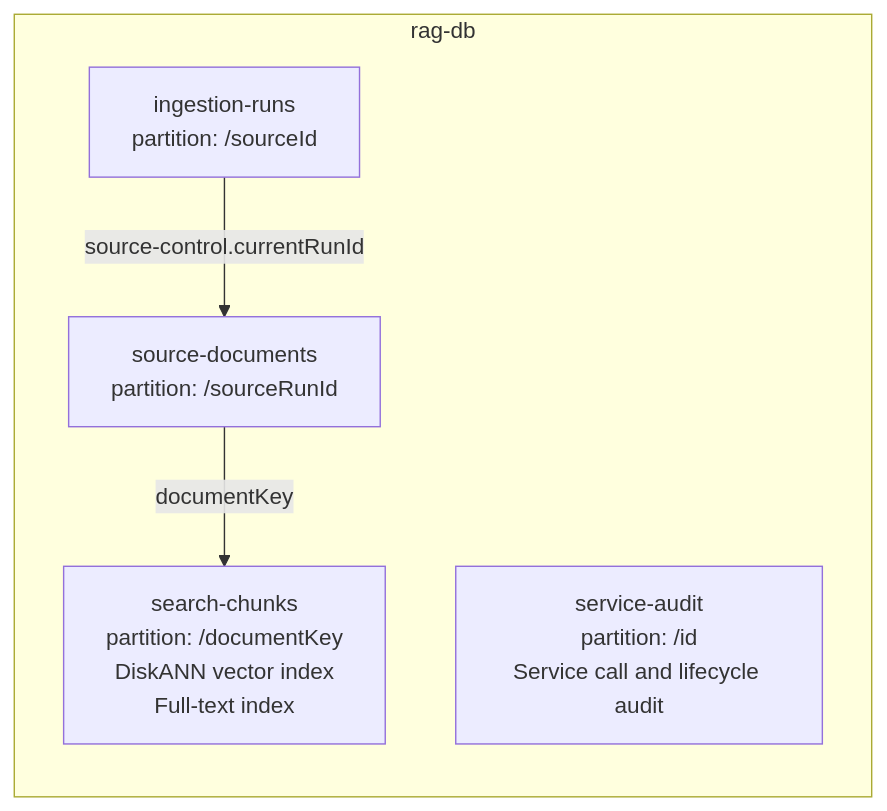
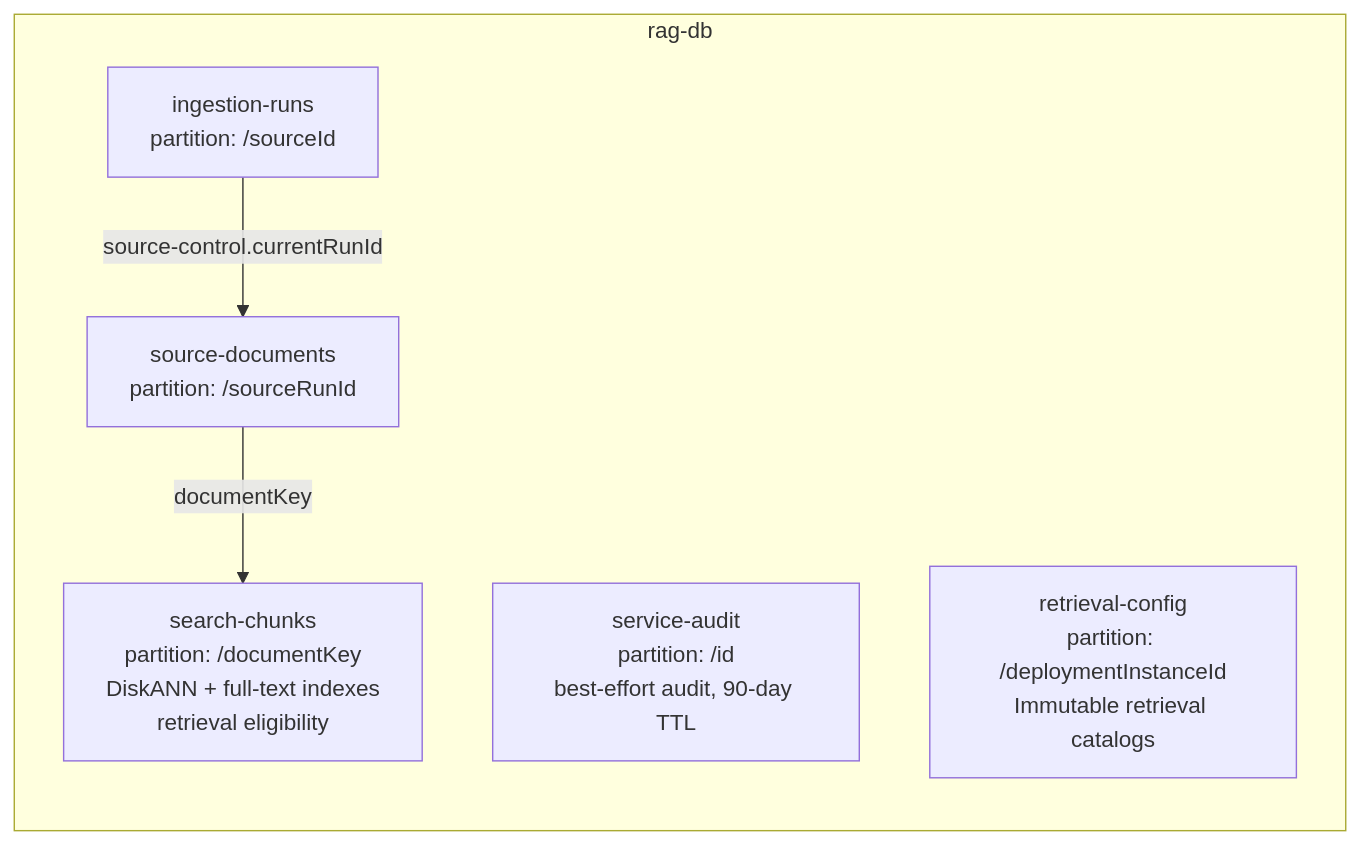
One commit to HariVamsiChittari/enterprise-rag-pipeline changed the sixth of 11 diagrams in docs/ARCHITECTURE.md. Above: the diagram before and after it, drawn with Mermaid. The commit also changed other lines of this file and 108 other files, not shown here.

````diff
--- a/docs/ARCHITECTURE.md
+++ b/docs/ARCHITECTURE.md
@@ -259,11 +273,12 @@
 ```mermaid
 flowchart LR
     subgraph rag-db
         C1[ingestion-runs<br/>partition: /sourceId]
         C2[source-documents<br/>partition: /sourceRunId]
-        C3[search-chunks<br/>partition: /documentKey<br/>DiskANN vector index<br/>Full-text index]
-        C4[service-audit<br/>partition: /id<br/>Service call and lifecycle audit]
+        C3[search-chunks<br/>partition: /documentKey<br/>DiskANN + full-text indexes<br/>retrieval eligibility]
+        C4[service-audit<br/>partition: /id<br/>best-effort audit, 90-day TTL]
+        C5[retrieval-config<br/>partition: /deploymentInstanceId<br/>Immutable retrieval catalogs]
     end
     C1 -->|source-control.currentRunId| C2
     C2 -->|documentKey| C3
 ```
````
